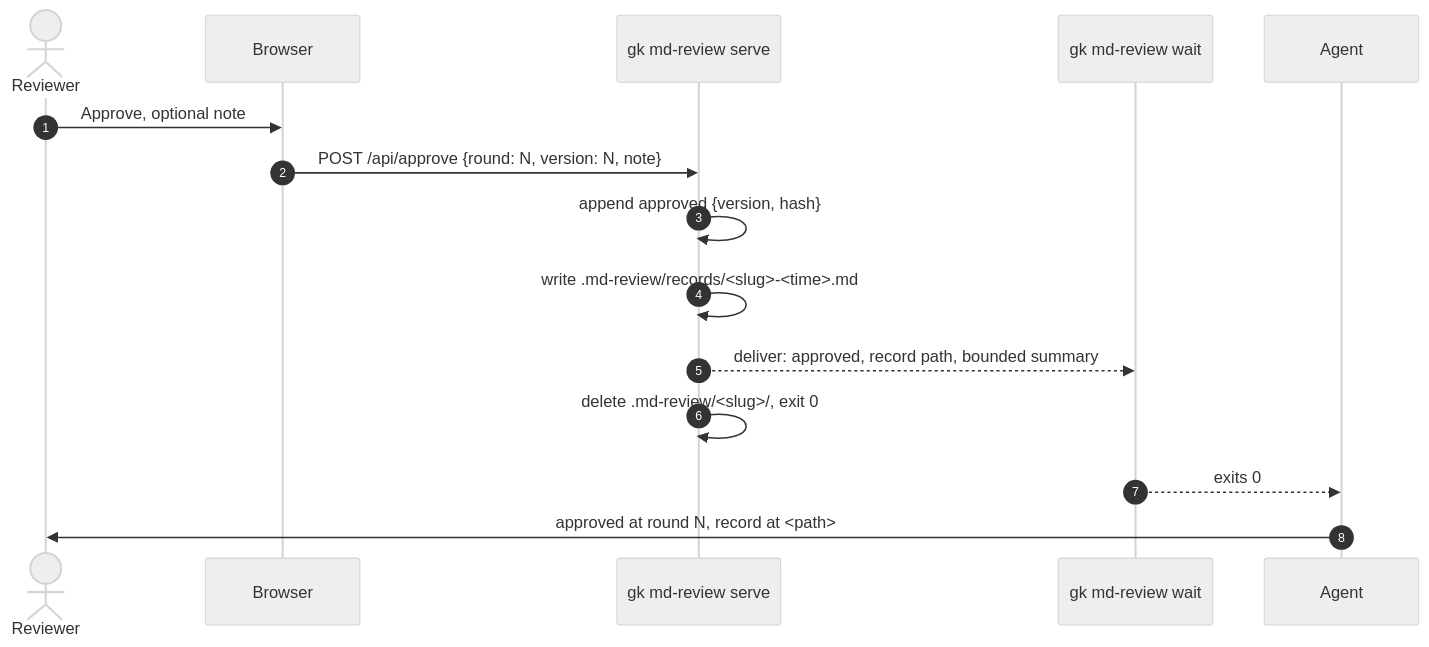
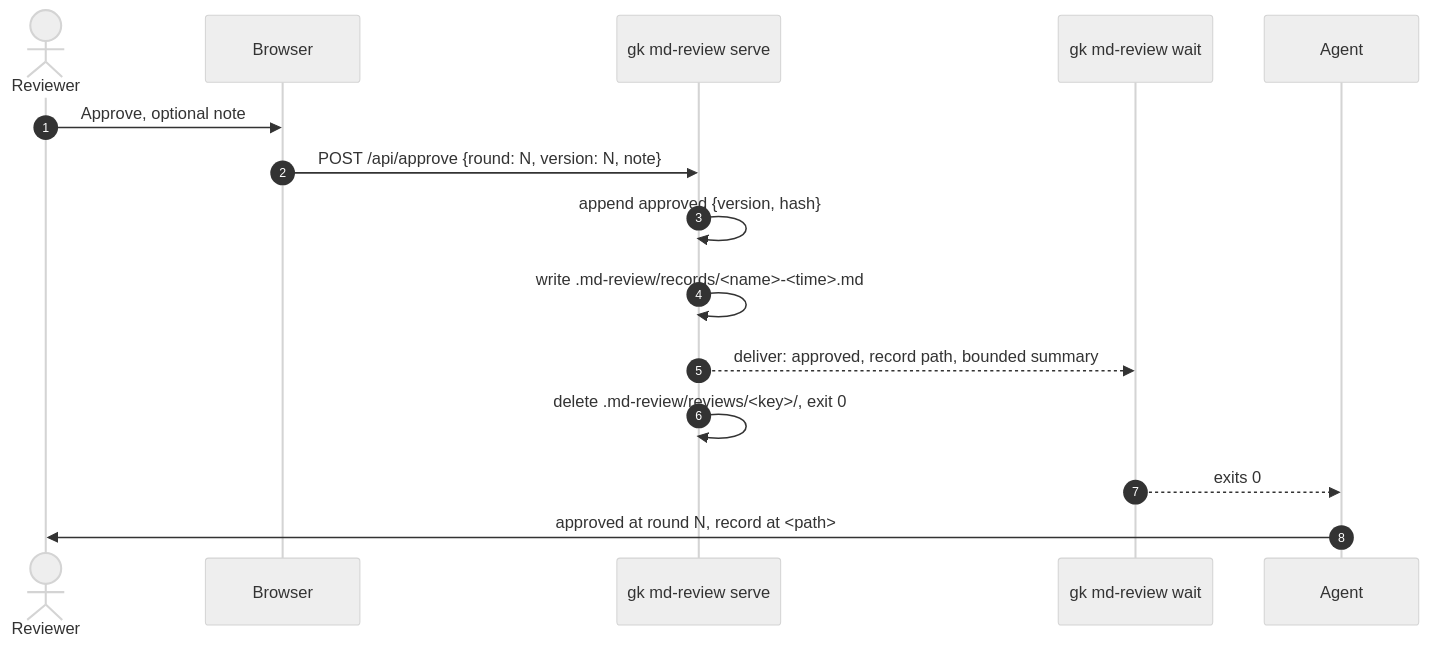
One commit to msurkovsky/gist changed the sixth of 7 diagrams in docs/design/md-review-hld.md. Above: the diagram before and after it, drawn with Mermaid (neutral theme). The commit also changed other lines of this file and 1 other file, not shown here.

First line of the commit message:
Apply the CEO review decisions to ADR 0014

````diff
--- a/docs/design/md-review-hld.md
+++ b/docs/design/md-review-hld.md
@@ -309,18 +308,18 @@
 ```mermaid
 sequenceDiagram
   autonumber
   actor H as Reviewer
   participant B as Browser
   participant S as gk md-review serve
   participant W as gk md-review wait
   participant A as Agent
 
   H->>B: Approve, optional note
   B->>S: POST /api/approve {round: N, version: N, note}
   S->>S: append approved {version, hash}
-  S->>S: write .md-review/records/<slug>-<time>.md
+  S->>S: write .md-review/records/<name>-<time>.md
   S-->>W: deliver: approved, record path, bounded summary
-  S->>S: delete .md-review/<slug>/, exit 0
+  S->>S: delete .md-review/reviews/<key>/, exit 0
   W-->>A: exits 0
   A->>H: approved at round N, record at <path>
 ```
````
